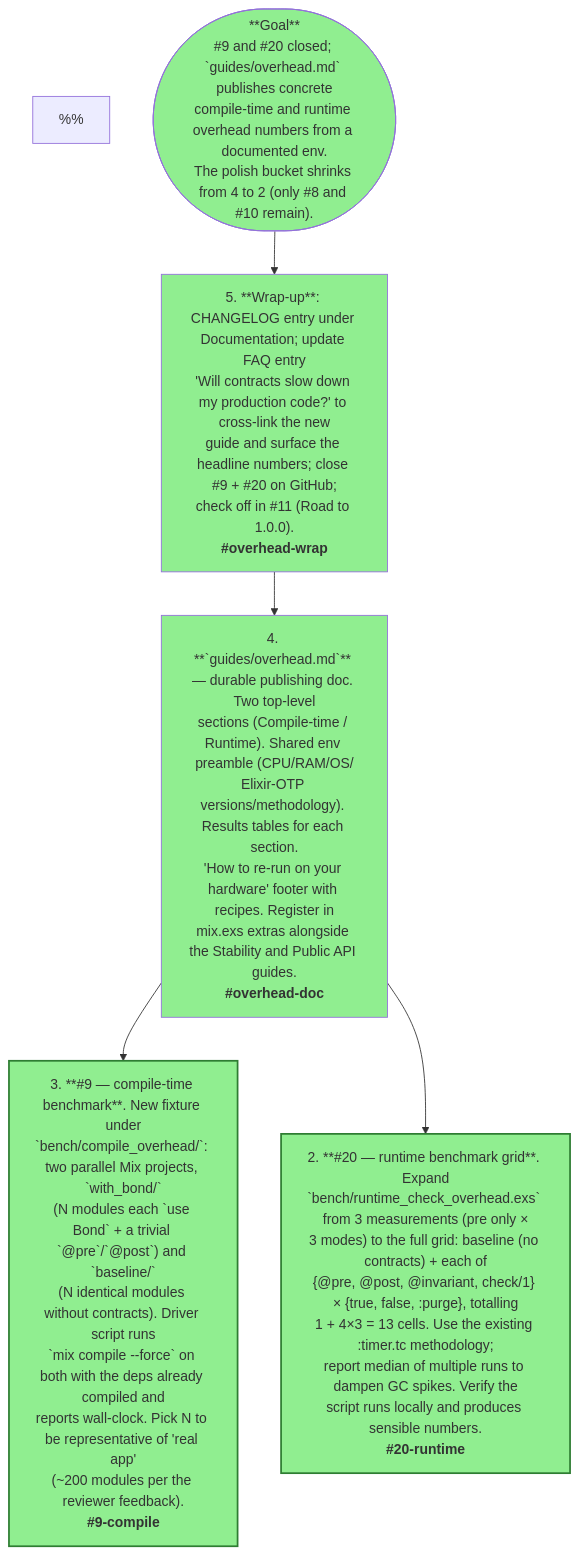
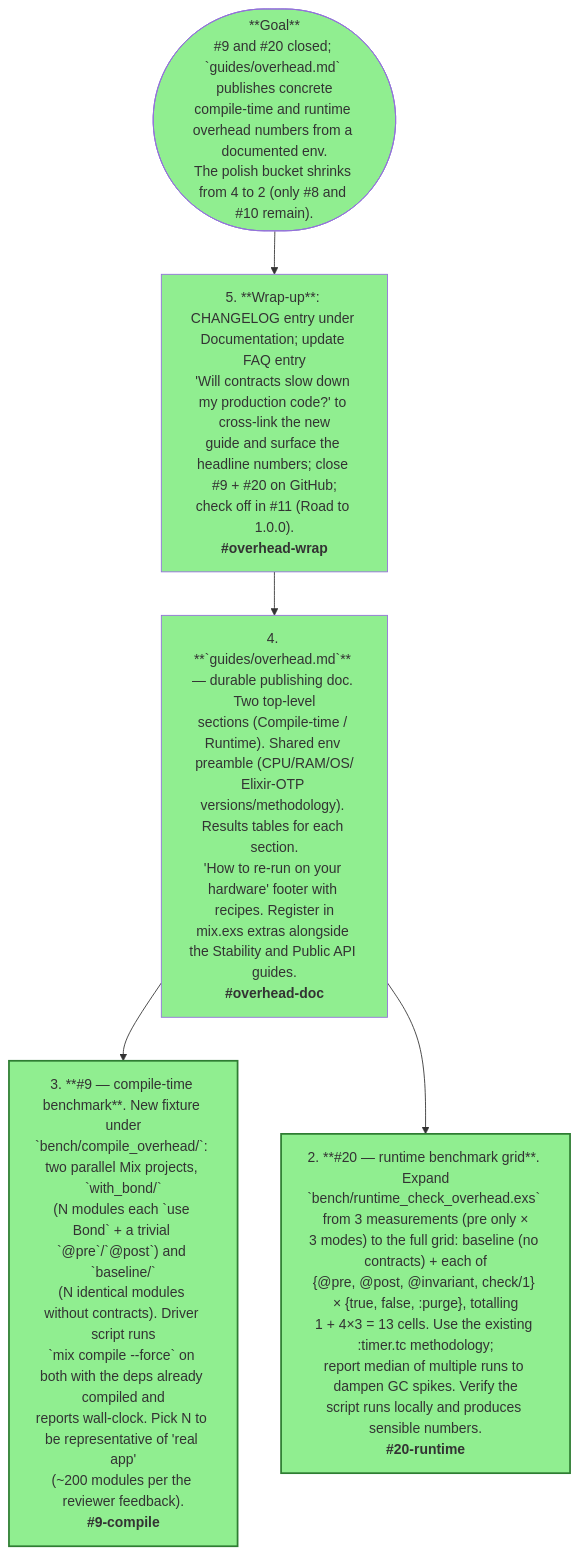
Before and after one commit to jvoegele/bond: the diagram in mikado/overhead-benchmarks.mmd, drawn with Mermaid. The commit also changed 10 other files, not shown here.

Commit message:
Fix "phantom" `%%` nodes in Mermaid Mikado graphs

```diff
--- a/mikado/overhead-benchmarks.mmd
+++ b/mikado/overhead-benchmarks.mmd
@@ -1,44 +1,44 @@
 flowchart TD
 %% Mikado graph for the runtime + compile-time overhead benchmarks
 %% (issues #20 and #9). Doing them together because the publishing surface
 %% is shared (`guides/overhead.md` with two top-level sections) and the
 %% env/methodology preamble is written once. The benchmark fixtures and
 %% measurement logic are orthogonal — runtime measures :timer.tc per call,
 %% compile-time measures `mix compile --force` wall-clock — so steps 2
 %% and 3 are independent leaves.
-%%
+
 %% Design decisions (user-approved before plan):
 %%   - Reference numbers come from my local Mac with env fully disclosed
 %%     (CPU model, RAM, OS, Elixir/OTP versions). The doc invites readers
 %%     to re-run on their target hardware via documented `mix run` recipes.
 %%   - Doc lives at `guides/overhead.md`, registered in mix.exs extras,
 %%     cross-linked from the FAQ ("Will contracts slow down my production
 %%     code?") and the Stability guide.
-%%
+
 %% Existing benchmark coverage that motivates the expansion:
 %%   - `bench/runtime_check_overhead.exs` currently measures only `@pre`
 %%     in three modes (:purge, true, false). Issue #20 wants the full
 %%     grid: (pre, post, invariant, check) × (true, false, :purge) +
 %%     baseline.
 %%   - No compile-time benchmark exists. Issue #9 wants a synthetic app
 %%     with many `use Bond` modules and a parallel baseline, measured
 %%     end-to-end with `mix compile`.
 
     G(["**Goal**<br/>#9 and #20 closed; `guides/overhead.md` publishes concrete<br/>compile-time and runtime overhead numbers from a documented env.<br/>The polish bucket shrinks from 4 to 2 (only #8 and #10 remain)."])
 
     G --> S5["5. **Wrap-up**: CHANGELOG entry under Documentation; update FAQ entry<br/>'Will contracts slow down my production code?' to cross-link the new<br/>guide and surface the headline numbers; close #9 + #20 on GitHub;<br/>check off in #11 (Road to 1.0.0).<br/><b>#overhead-wrap</b>"]
 
     S5 --> S4["4. **`guides/overhead.md`** — durable publishing doc. Two top-level<br/>sections (Compile-time / Runtime). Shared env preamble (CPU/RAM/OS/<br/>Elixir-OTP versions/methodology). Results tables for each section.<br/>'How to re-run on your hardware' footer with recipes. Register in<br/>mix.exs extras alongside the Stability and Public API guides.<br/><b>#overhead-doc</b>"]
 
     S4 --> S3["3. **#9 — compile-time benchmark**. New fixture under<br/>`bench/compile_overhead/`: two parallel Mix projects, `with_bond/`<br/>(N modules each `use Bond` + a trivial `@pre`/`@post`) and `baseline/`<br/>(N identical modules without contracts). Driver script runs<br/>`mix compile --force` on both with the deps already compiled and<br/>reports wall-clock. Pick N to be representative of 'real app'<br/>(~200 modules per the reviewer feedback).<br/><b>#9-compile</b>"]
 
     S4 --> S2["2. **#20 — runtime benchmark grid**. Expand<br/>`bench/runtime_check_overhead.exs` from 3 measurements (pre only ×<br/>3 modes) to the full grid: baseline (no contracts) + each of<br/>{@pre, @post, @invariant, check/1} × {true, false, :purge}, totalling<br/>1 + 4×3 = 13 cells. Use the existing :timer.tc methodology;<br/>report median of multiple runs to dampen GC spikes. Verify the<br/>script runs locally and produces sensible numbers.<br/><b>#20-runtime</b>"]
 
     classDef leaf fill:#e7f5e7,stroke:#2e7d32,stroke-width:2px;
     class S2,S3 leaf;
 
     style G fill:#90EE90
     style S2 fill:#90EE90
     style S3 fill:#90EE90
     style S4 fill:#90EE90
     style S5 fill:#90EE90
```
